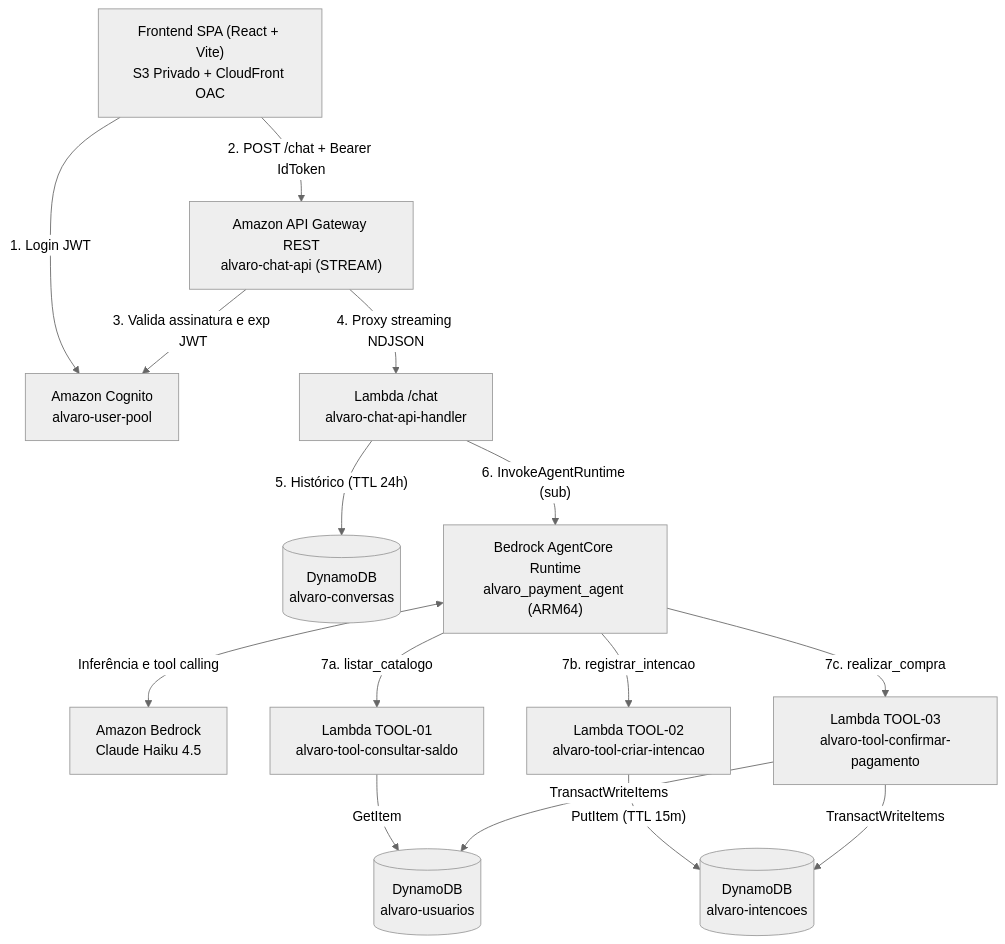
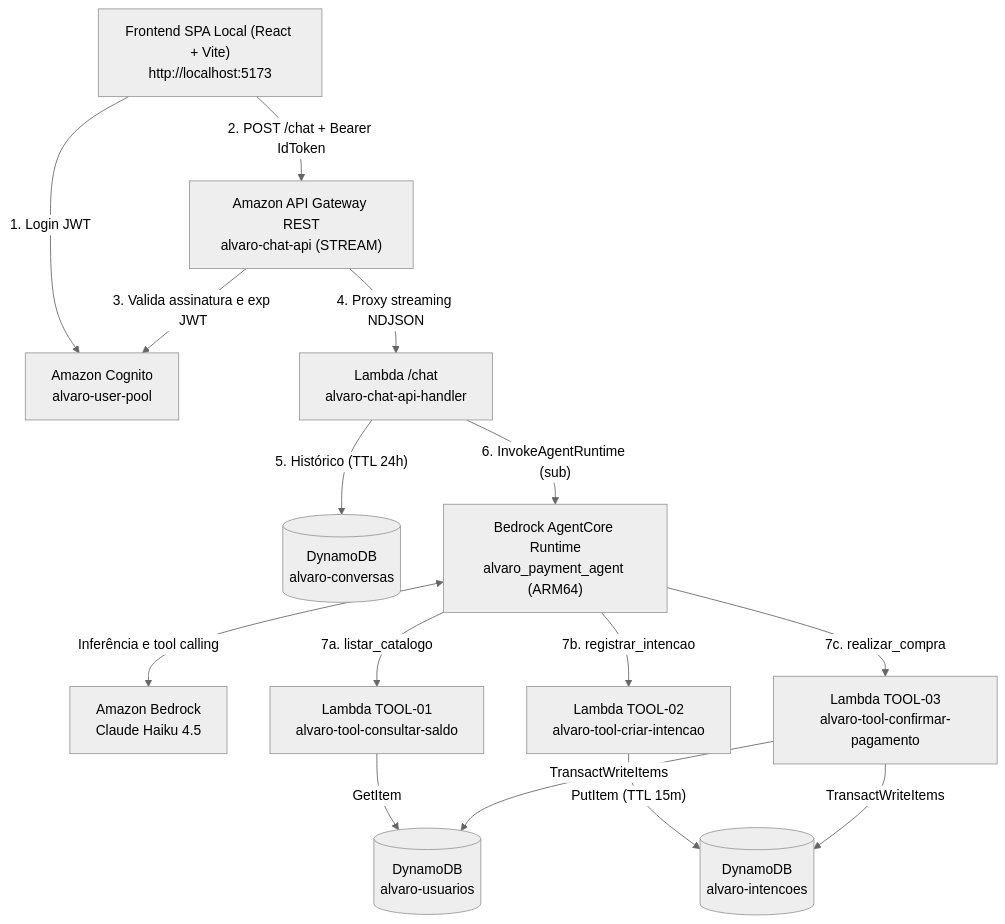
One commit to Pedro-Leale-Compass/scholarship-fde-agentic-payments-challenges changed the diagram in Desafio-1/alvaro-santos/README.md. Above: the diagram before and after it, drawn with Mermaid (neutral theme). The commit also changed other lines of this file and 2 other files, not shown here.

Commit message:
docs(desafio-1): atualizar README, evidencias e ADR-0004 para diretriz de frontend local (#19)

````diff
--- a/Desafio-1/alvaro-santos/README.md
+++ b/Desafio-1/alvaro-santos/README.md
@@ -7,17 +9,17 @@
 ```mermaid
 graph TD
-    U["Frontend SPA (React + Vite)<br/>S3 Privado + CloudFront OAC"] -->|"1. Login JWT"| C["Amazon Cognito<br/>alvaro-user-pool"]
+    U["Frontend SPA Local (React + Vite)<br/>http://localhost:5173"] -->|"1. Login JWT"| C["Amazon Cognito<br/>alvaro-user-pool"]
     U -->|"2. POST /chat + Bearer IdToken"| APIGW["Amazon API Gateway REST<br/>alvaro-chat-api (STREAM)"]
     APIGW -->|"3. Valida assinatura e exp JWT"| C
     APIGW -->|"4. Proxy streaming NDJSON"| LCHAT["Lambda /chat<br/>alvaro-chat-api-handler"]
     LCHAT -->|"5. Histórico (TTL 24h)"| DCONV[("DynamoDB<br/>alvaro-conversas")]
     LCHAT -->|"6. InvokeAgentRuntime (sub)"| AG["Bedrock AgentCore Runtime<br/>alvaro_payment_agent (ARM64)"]
     AG <-->|"Inferência e tool calling"| LLM["Amazon Bedrock<br/>Claude Haiku 4.5"]
     AG -->|"7a. listar_catalogo"| T1["Lambda TOOL-01<br/>alvaro-tool-consultar-saldo"]
     AG -->|"7b. registrar_intencao"| T2["Lambda TOOL-02<br/>alvaro-tool-criar-intencao"]
     AG -->|"7c. realizar_compra"| T3["Lambda TOOL-03<br/>alvaro-tool-confirmar-pagamento"]
     T1 -->|"GetItem"| DUSR[("DynamoDB<br/>alvaro-usuarios")]
     T2 -->|"PutItem (TTL 15m)"| DINT[("DynamoDB<br/>alvaro-intencoes")]
     T3 -->|"TransactWriteItems"| DUSR
     T3 -->|"TransactWriteItems"| DINT
 ```
````
